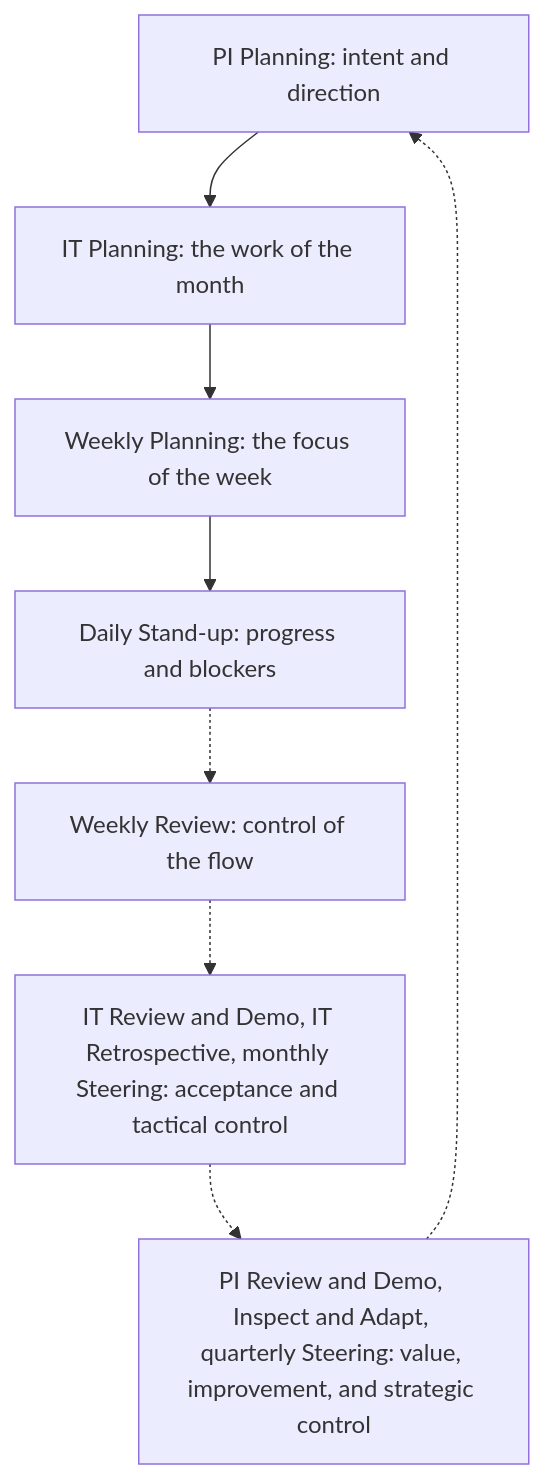
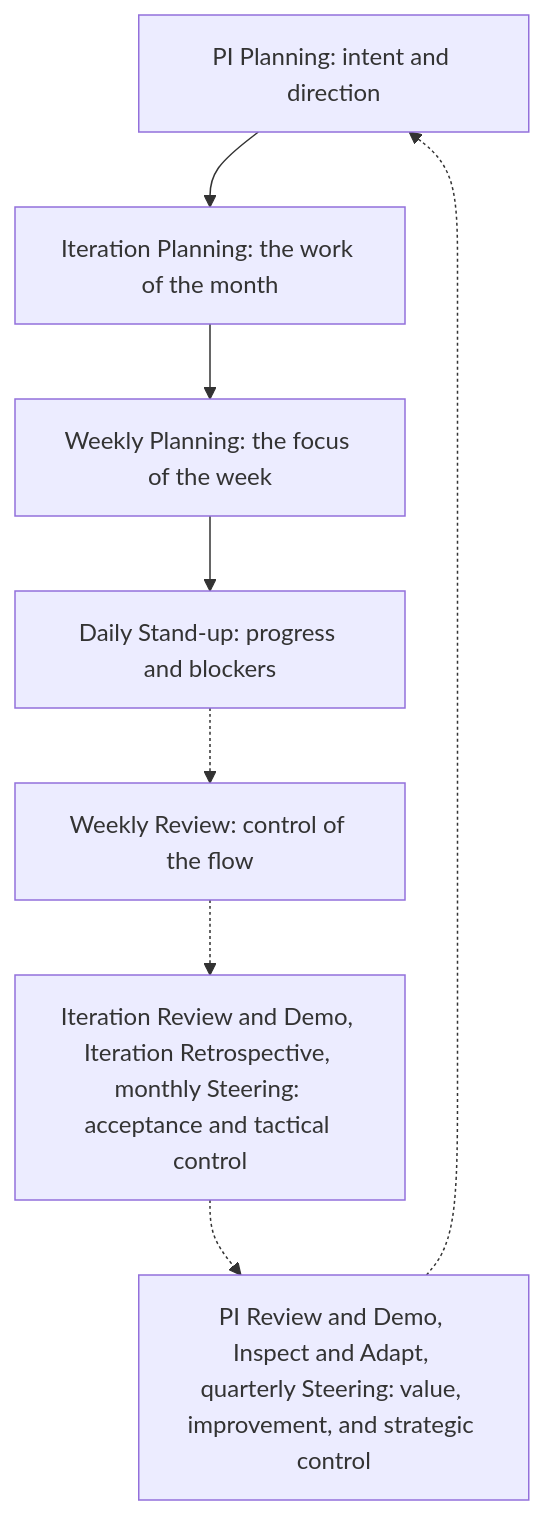
Before and after one commit to devhogu/ob-aicc: the fourth of 4 diagrams in charter/workflows/cadence.md, drawn with Mermaid. The commit also changed other lines of this file and 63 other files, not shown here.

First line of the commit message:
Control loops in the Operating Model, Iteration in full, and the alignment of the pack (DR-2026-048)

````diff
--- a/charter/workflows/cadence.md
+++ b/charter/workflows/cadence.md
@@ -115,10 +115,10 @@
 ```mermaid
 flowchart TB
-  PIP["PI Planning: intent and direction"] --> ITP["IT Planning: the work of the month"]
+  PIP["PI Planning: intent and direction"] --> ITP["Iteration Planning: the work of the month"]
   ITP --> WP["Weekly Planning: the focus of the week"]
   WP --> DS["Daily Stand-up: progress and blockers"]
   DS -.-> WR["Weekly Review: control of the flow"]
-  WR -.-> IR["IT Review and Demo, IT Retrospective, monthly Steering: acceptance and tactical control"]
+  WR -.-> IR["Iteration Review and Demo, Iteration Retrospective, monthly Steering: acceptance and tactical control"]
   IR -.-> PIR["PI Review and Demo, Inspect and Adapt, quarterly Steering: value, improvement, and strategic control"]
   PIR -.-> PIP
 ```
````
